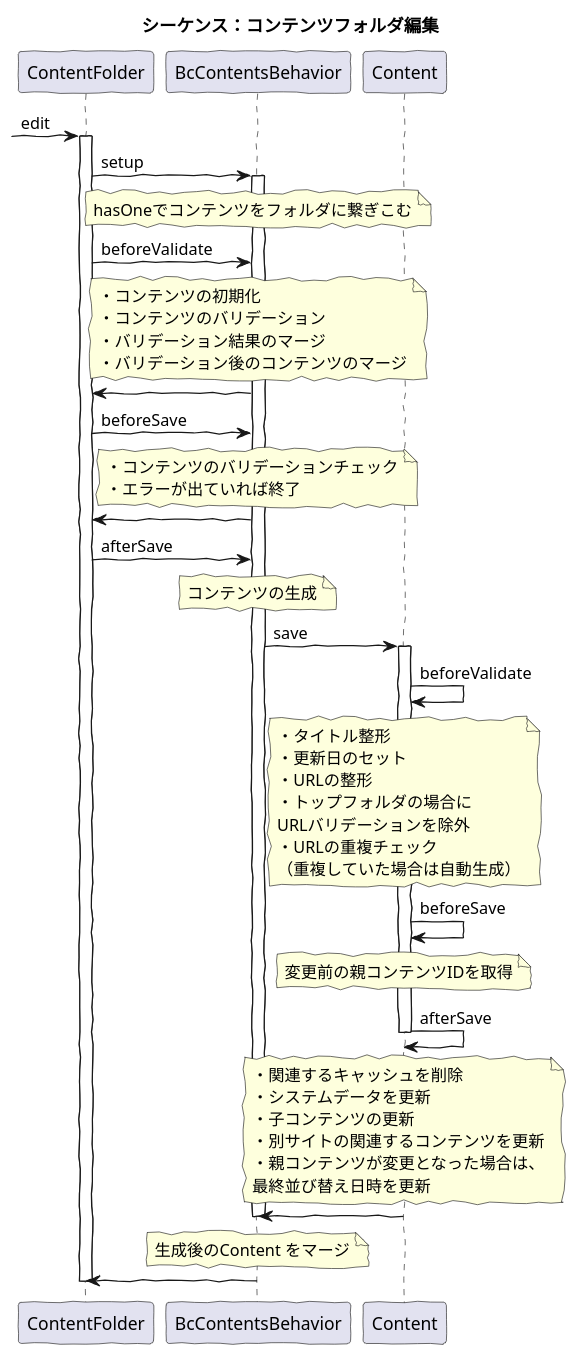
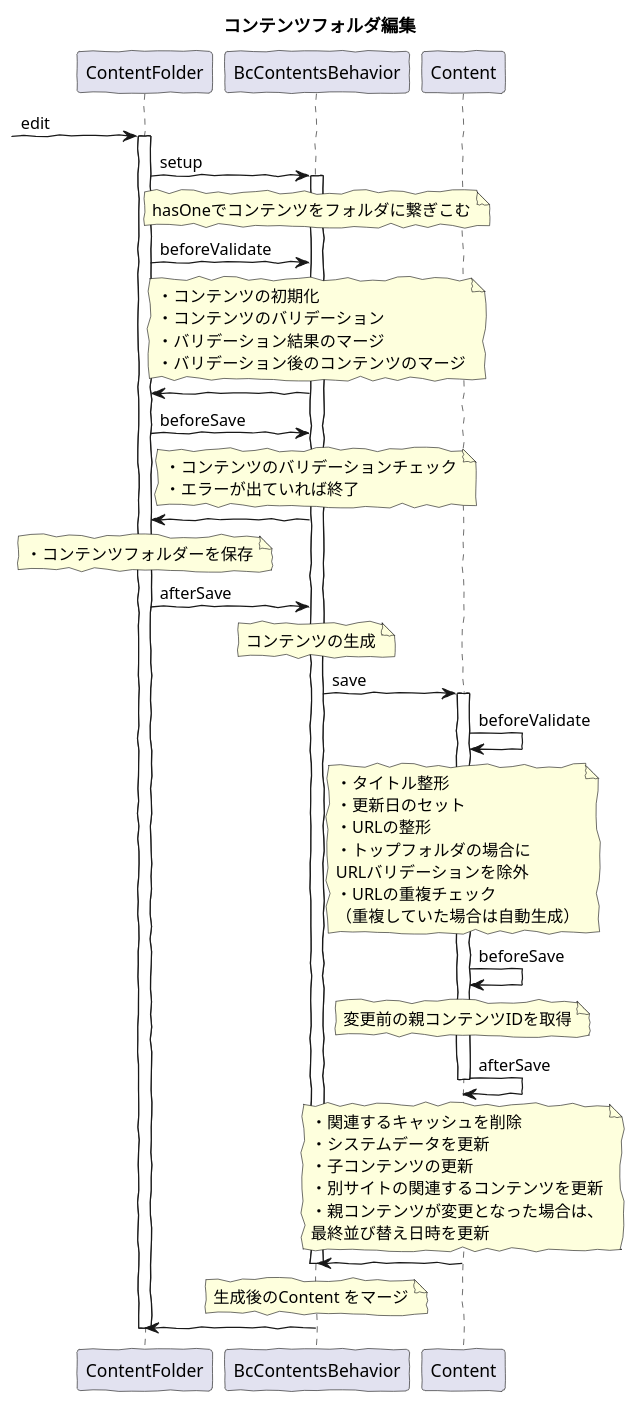
The diagram in src/puml/5/ucmitz/sequence/contents_edit.puml (baserproject/baserproject.github.io), drawn with PlantUML before and after one commit. The commit also changed 18 other files, not shown here.

```diff
--- a/src/puml/5/ucmitz/sequence/contents_edit.puml
+++ b/src/puml/5/ucmitz/sequence/contents_edit.puml
@@ -1,90 +1,94 @@
 @startuml
 skinparam handwritten true
 skinparam backgroundColor white
 
-title シーケンス：コンテンツフォルダ編集
+title コンテンツフォルダ編集
 
 participant "ContentFolder" as Folder
 participant "BcContentsBehavior" as Behavior
 participant "Content" as Content
 
 [-> Folder : edit
 
 activate Folder
 
 Folder -> Behavior : setup
 
 activate Behavior
 
 note over Behavior
 hasOneでコンテンツをフォルダに繋ぎこむ
 endnote
 
 Folder -> Behavior : beforeValidate																											
 note over Behavior
 ・コンテンツの初期化
 ・コンテンツのバリデーション
 ・バリデーション結果のマージ
 ・バリデーション後のコンテンツのマージ
 endnote
 
 Folder <- Behavior
 
 Folder -> Behavior : beforeSave
 
 note over Behavior
 ・コンテンツのバリデーションチェック
 ・エラーが出ていれば終了
 endnote
 
 Folder <- Behavior
+
+note over Folder
+・コンテンツフォルダーを保存
+endnote
 
 Folder -> Behavior : afterSave
 note over Behavior
 コンテンツの生成
 endnote
 
 Behavior -> Content : save
 
 activate Content
 
 Content -> Content: beforeValidate
 note over Content
 ・タイトル整形
 ・更新日のセット
 ・URLの整形
 ・トップフォルダの場合に
 URLバリデーションを除外
 ・URLの重複チェック
 （重複していた場合は自動生成）
 endnote
 
 Content -> Content: beforeSave
 note over Content
 変更前の親コンテンツIDを取得
 endnote
 
 Content -> Content: afterSave
 note over Content
 ・関連するキャッシュを削除
 ・システムデータを更新
 ・子コンテンツの更新
 ・別サイトの関連するコンテンツを更新
 ・親コンテンツが変更となった場合は、
 最終並び替え日時を更新
 endnote
 
 deactivate Content
 
 
 Content -> Behavior
 note over Behavior
 生成後のContent をマージ
 endnote
 
 deactivate Behavior
 
 Behavior -> Folder
 deactivate Folder
 
 @enduml
```
